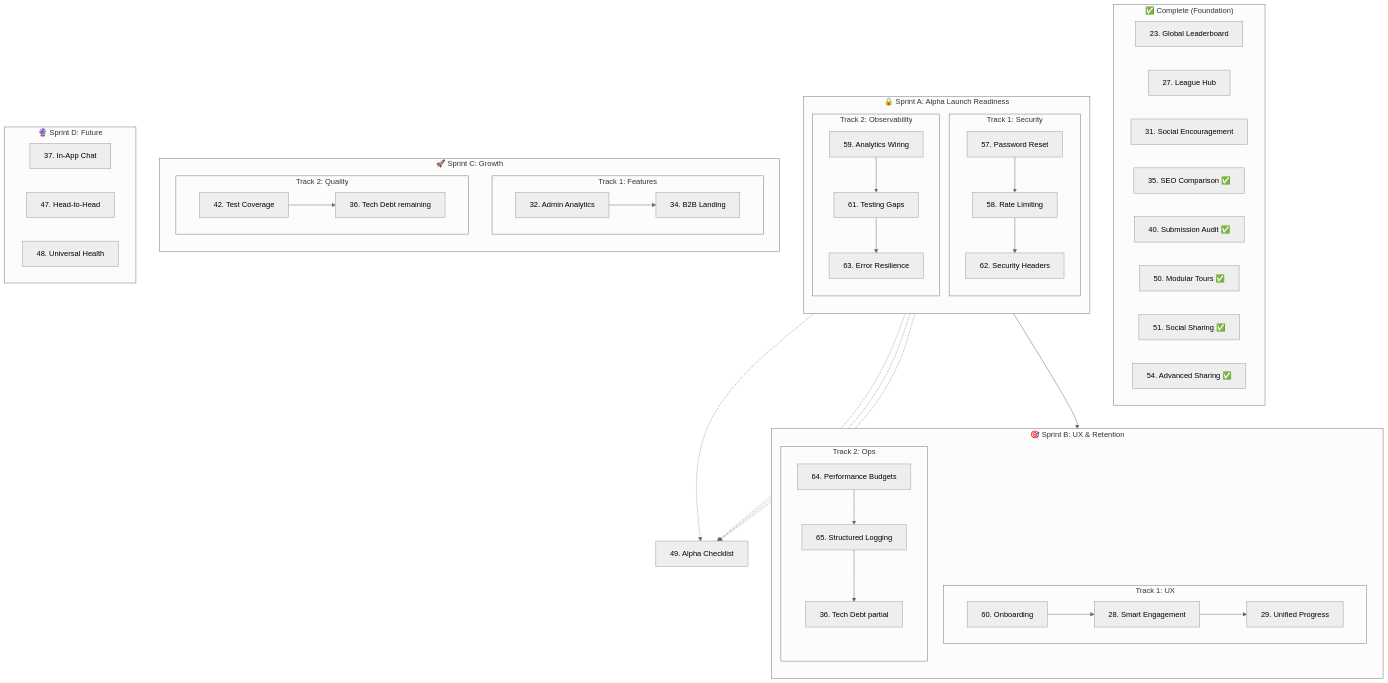
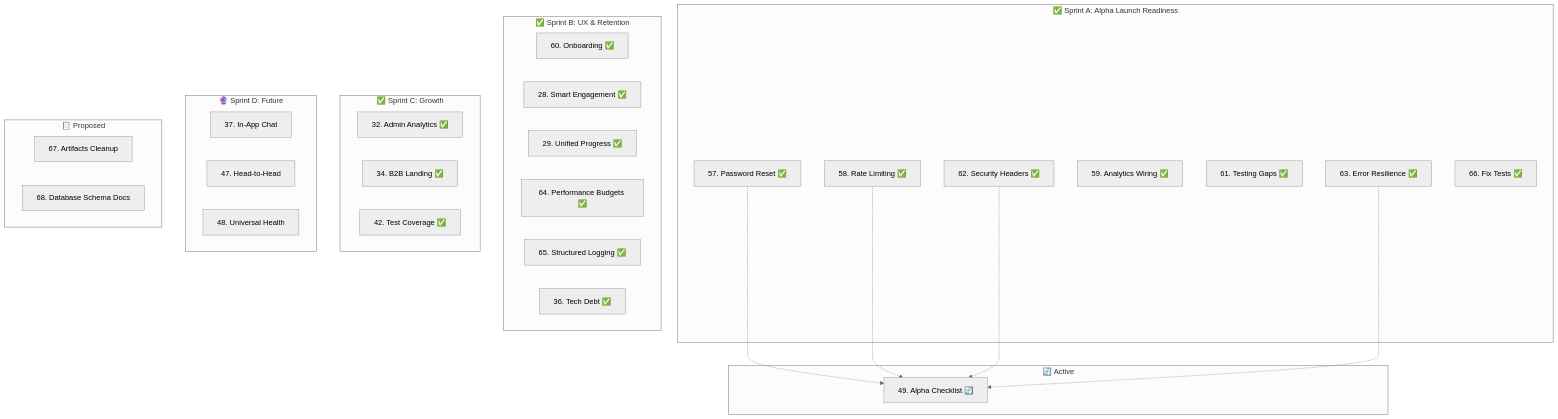
Before and after one commit to vassovass/scl-v3: the diagram in docs/prds/admin-feedback-system/PRD_00_Index.md, drawn with Mermaid (neutral theme). The commit also changed other lines of this file and 25 other files, not shown here.

First line of the commit message:
fix(alpha): update stale PRD statuses, fix content issues for F&F launch

````diff
--- a/docs/prds/admin-feedback-system/PRD_00_Index.md
+++ b/docs/prds/admin-feedback-system/PRD_00_Index.md
@@ -277,72 +279,47 @@
 ```mermaid
 graph TD
-    subgraph "✅ Complete (Foundation)"
-        PRD23[23. Global Leaderboard]
-        PRD27[27. League Hub]
-        PRD31[31. Social Encouragement]
-        PRD35[35. SEO Comparison ✅]
-        PRD40[40. Submission Audit ✅]
-        PRD50[50. Modular Tours ✅]
-        PRD51[51. Social Sharing ✅]
-        PRD54[54. Advanced Sharing ✅]
+    subgraph "✅ Sprint A: Alpha Launch Readiness"
+        PRD57[57. Password Reset ✅]
+        PRD58[58. Rate Limiting ✅]
+        PRD62[62. Security Headers ✅]
+        PRD59[59. Analytics Wiring ✅]
+        PRD61[61. Testing Gaps ✅]
+        PRD63[63. Error Resilience ✅]
+        PRD66[66. Fix Tests ✅]
     end
 
-    subgraph "🔒 Sprint A: Alpha Launch Readiness"
-        direction TB
-        subgraph "Track 1: Security"
-            PRD57[57. Password Reset]
-            PRD58[58. Rate Limiting]
-            PRD62[62. Security Headers]
-            PRD57 --> PRD58 --> PRD62
-        end
-        subgraph "Track 2: Observability"
-            PRD59[59. Analytics Wiring]
-            PRD61[61. Testing Gaps]
-            PRD63[63. Error Resilience]
-            PRD59 --> PRD61 --> PRD63
-        end
+    subgraph "✅ Sprint B: UX & Retention"
+        PRD60[60. Onboarding ✅]
+        PRD28[28. Smart Engagement ✅]
+        PRD29[29. Unified Progress ✅]
+        PRD64[64. Performance Budgets ✅]
+        PRD65[65. Structured Logging ✅]
+        PRD36[36. Tech Debt ✅]
     end
 
-    subgraph "🎯 Sprint B: UX & Retention"
-        direction TB
-        subgraph "Track 1: UX"
-            PRD60[60. Onboarding]
-            PRD28[28. Smart Engagement]
-            PRD29[29. Unified Progress]
-            PRD60 --> PRD28 --> PRD29
-        end
-        subgraph "Track 2: Ops"
-            PRD64[64. Performance Budgets]
-            PRD65[65. Structured Logging]
-            PRD36a[36. Tech Debt partial]
-            PRD64 --> PRD65 --> PRD36a
-        end
+    subgraph "✅ Sprint C: Growth"
+        PRD32[32. Admin Analytics ✅]
+        PRD34[34. B2B Landing ✅]
+        PRD42[42. Test Coverage ✅]
     end
 
-    subgraph "🚀 Sprint C: Growth"
-        direction TB
-        subgraph "Track 1: Features"
-            PRD32[32. Admin Analytics]
-            PRD34[34. B2B Landing]
-            PRD32 --> PRD34
-        end
-        subgraph "Track 2: Quality"
-            PRD42[42. Test Coverage]
-            PRD36b[36. Tech Debt remaining]
-            PRD42 --> PRD36b
-        end
+    subgraph "🔄 Active"
+        PRD49[49. Alpha Checklist 🔄]
     end
 
     subgraph "🔮 Sprint D: Future"
         PRD37[37. In-App Chat]
         PRD47[47. Head-to-Head]
         PRD48[48. Universal Health]
     end
 
-    %% Cross-sprint dependencies
-    PRD59 --> PRD64
-    PRD62 -.-> PRD49[49. Alpha Checklist]
-    PRD63 -.-> PRD49
+    subgraph "📋 Proposed"
+        PRD67[67. Artifacts Cleanup]
+        PRD68[68. Database Schema Docs]
+    end
+
     PRD57 -.-> PRD49
     PRD58 -.-> PRD49
+    PRD62 -.-> PRD49
+    PRD63 -.-> PRD49
 ```
````
